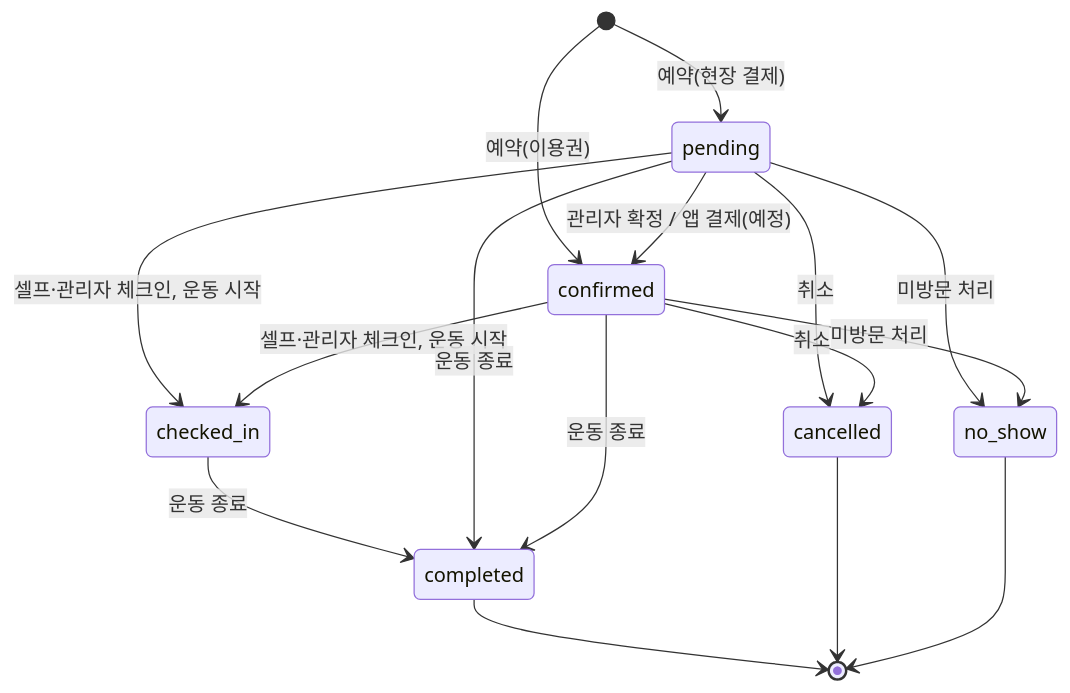
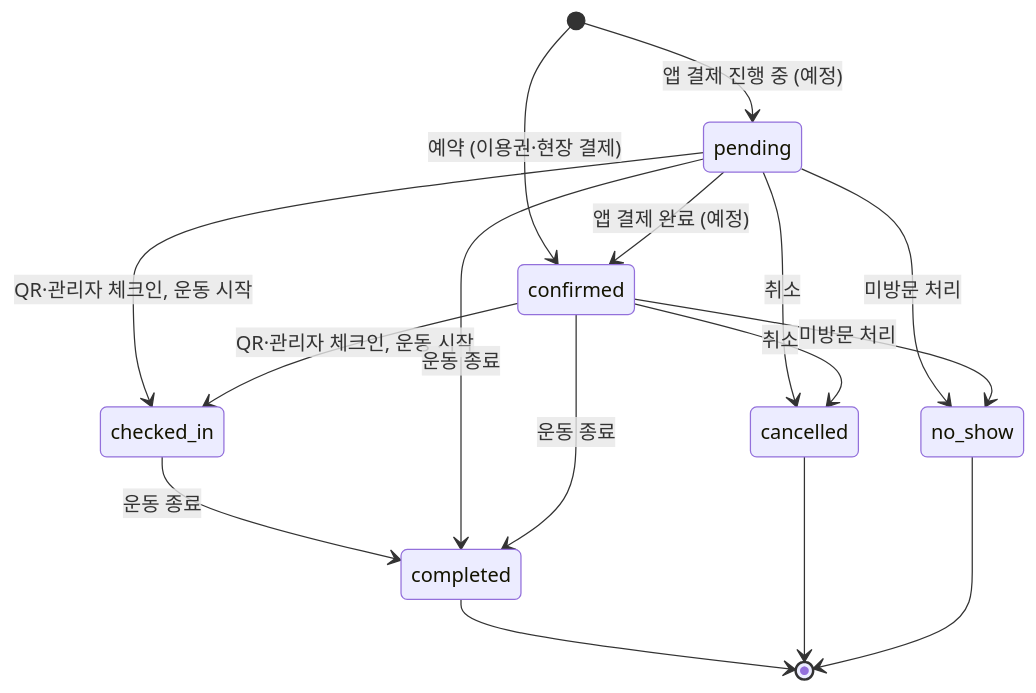
The second of 2 diagrams in docs/functional-spec.md (onlydj96/dog_treadmill_app), drawn with Mermaid before and after one commit. The commit also changed other lines of this file and 52 other files, not shown here.

````diff
--- a/docs/functional-spec.md
+++ b/docs/functional-spec.md
@@ -638,18 +655,18 @@
 ```mermaid
 stateDiagram-v2
-    [*] --> pending: 예약(현장 결제)
-    [*] --> confirmed: 예약(이용권)
-    pending --> confirmed: 관리자 확정 / 앱 결제(예정)
-    pending --> checked_in: 셀프·관리자 체크인, 운동 시작
-    confirmed --> checked_in: 셀프·관리자 체크인, 운동 시작
+    [*] --> confirmed: 예약 (이용권·현장 결제)
+    [*] --> pending: 앱 결제 진행 중 (예정)
+    pending --> confirmed: 앱 결제 완료 (예정)
+    pending --> checked_in: QR·관리자 체크인, 운동 시작
+    confirmed --> checked_in: QR·관리자 체크인, 운동 시작
     pending --> cancelled: 취소
     confirmed --> cancelled: 취소
     pending --> no_show: 미방문 처리
     confirmed --> no_show: 미방문 처리
     checked_in --> completed: 운동 종료
     pending --> completed: 운동 종료
     confirmed --> completed: 운동 종료
     completed --> [*]
     cancelled --> [*]
     no_show --> [*]
 ```
````
